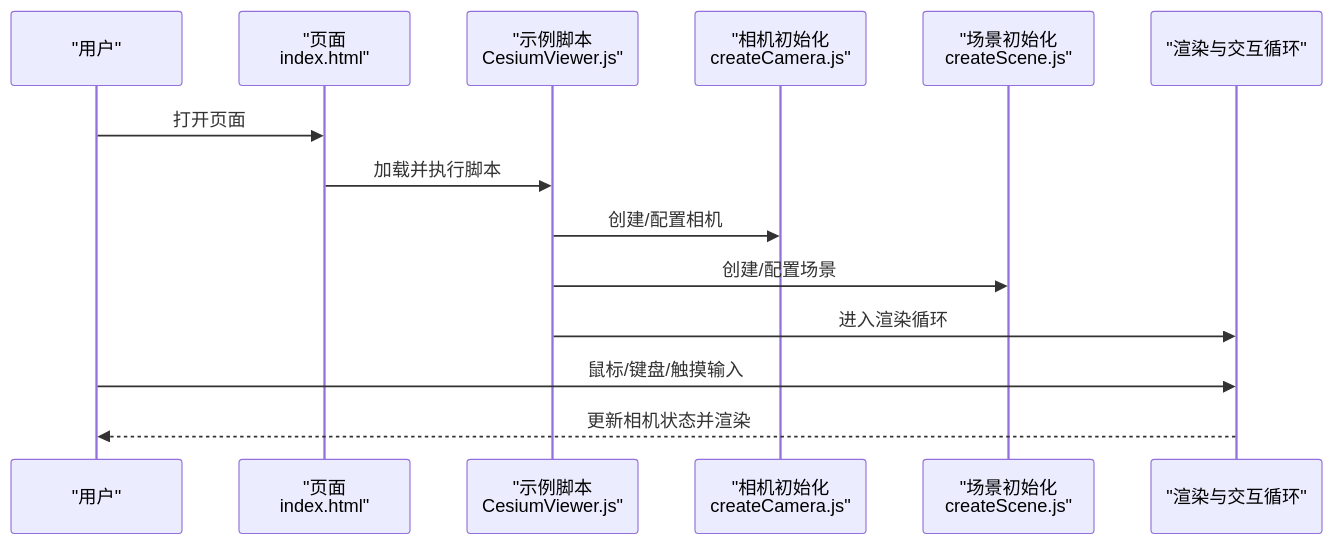
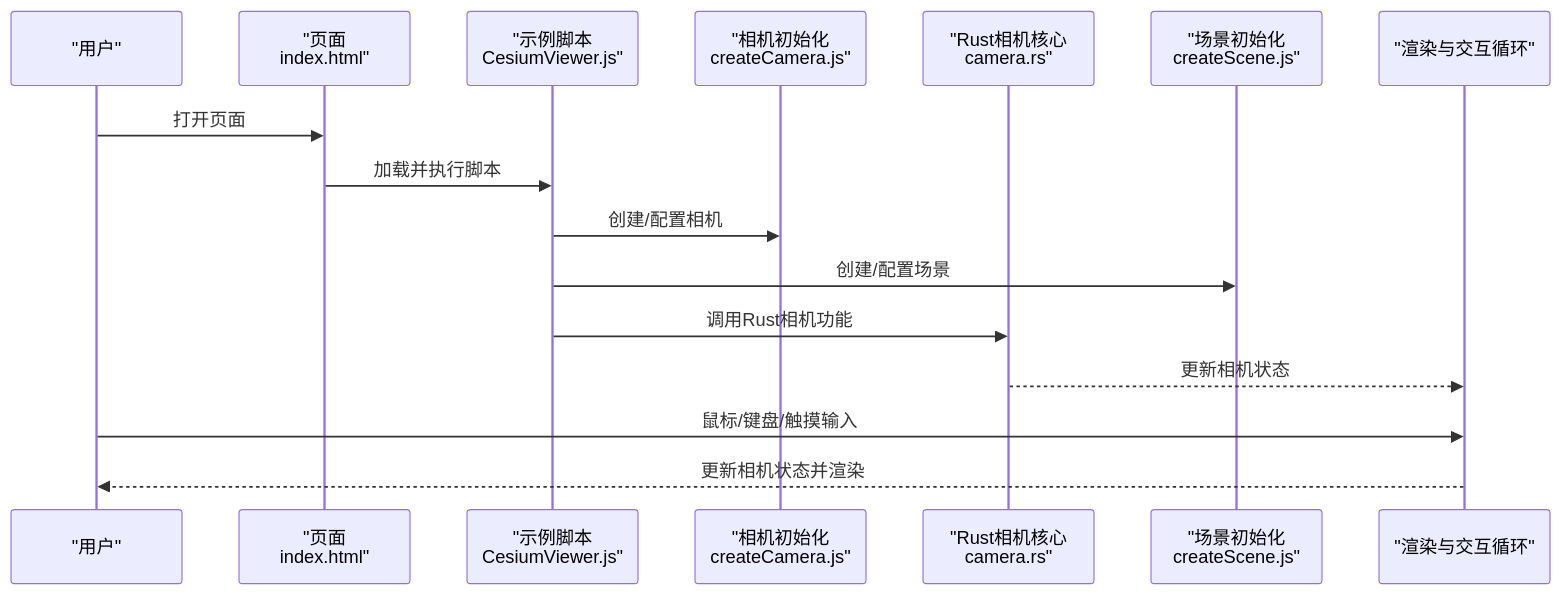
One commit to rzhangjing/cesium changed the second of 4 diagrams in .qoder/repowiki/zh/content/项目概述/核心特性/相机与交互控制/相机控制系统.md. Above: the diagram before and after it, drawn with Mermaid. The commit also changed other lines of this file and 30 other files, not shown here.

````diff
--- a/.qoder/repowiki/zh/content/项目概述/核心特性/相机与交互控制/相机控制系统.md
+++ b/.qoder/repowiki/zh/content/项目概述/核心特性/相机与交互控制/相机控制系统.md
@@ -79,16 +98,18 @@
 ```mermaid
 sequenceDiagram
 participant U as "用户"
 participant HTML as "页面<br/>index.html"
 participant APP as "示例脚本<br/>CesiumViewer.js"
 participant CAM as "相机初始化<br/>createCamera.js"
+participant RUST as "Rust相机核心<br/>camera.rs"
 participant SCENE as "场景初始化<br/>createScene.js"
 participant VIEW as "渲染与交互循环"
 U->>HTML : 打开页面
 HTML->>APP : 加载并执行脚本
 APP->>CAM : 创建/配置相机
 APP->>SCENE : 创建/配置场景
-APP->>VIEW : 进入渲染循环
+APP->>RUST : 调用Rust相机功能
+RUST-->>VIEW : 更新相机状态
 U->>VIEW : 鼠标/键盘/触摸输入
 VIEW-->>U : 更新相机状态并渲染
 ```
````
